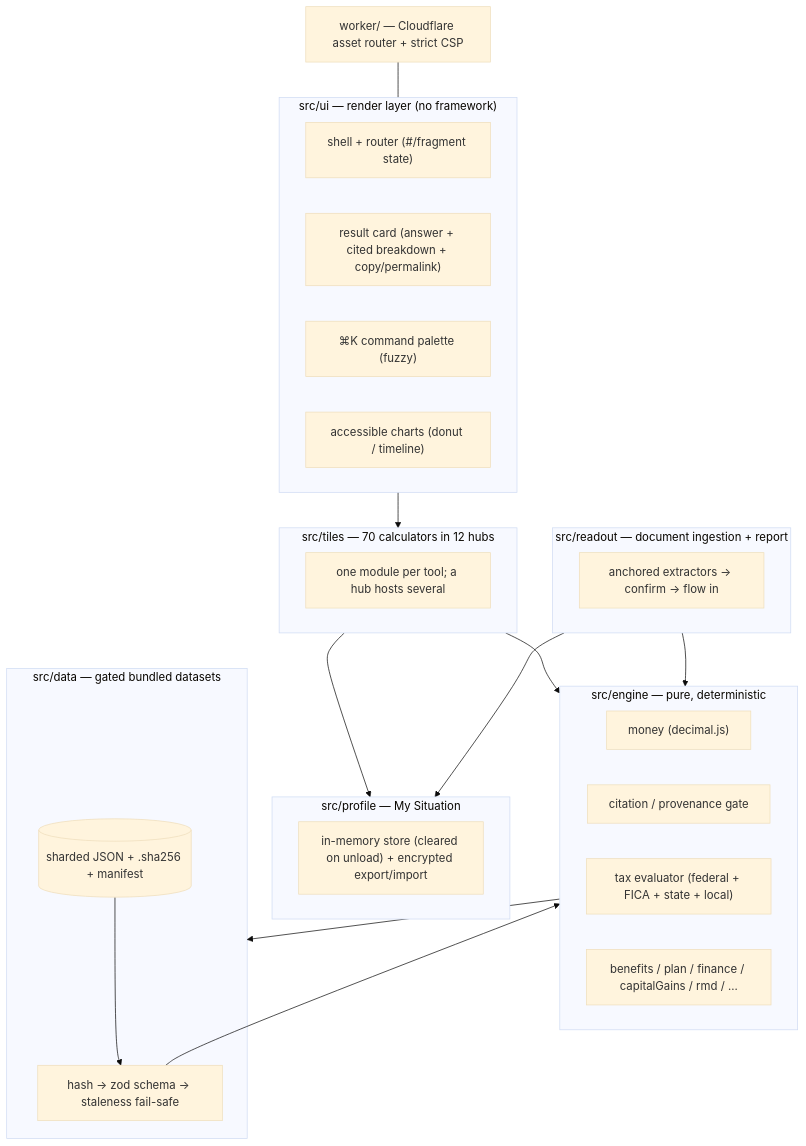
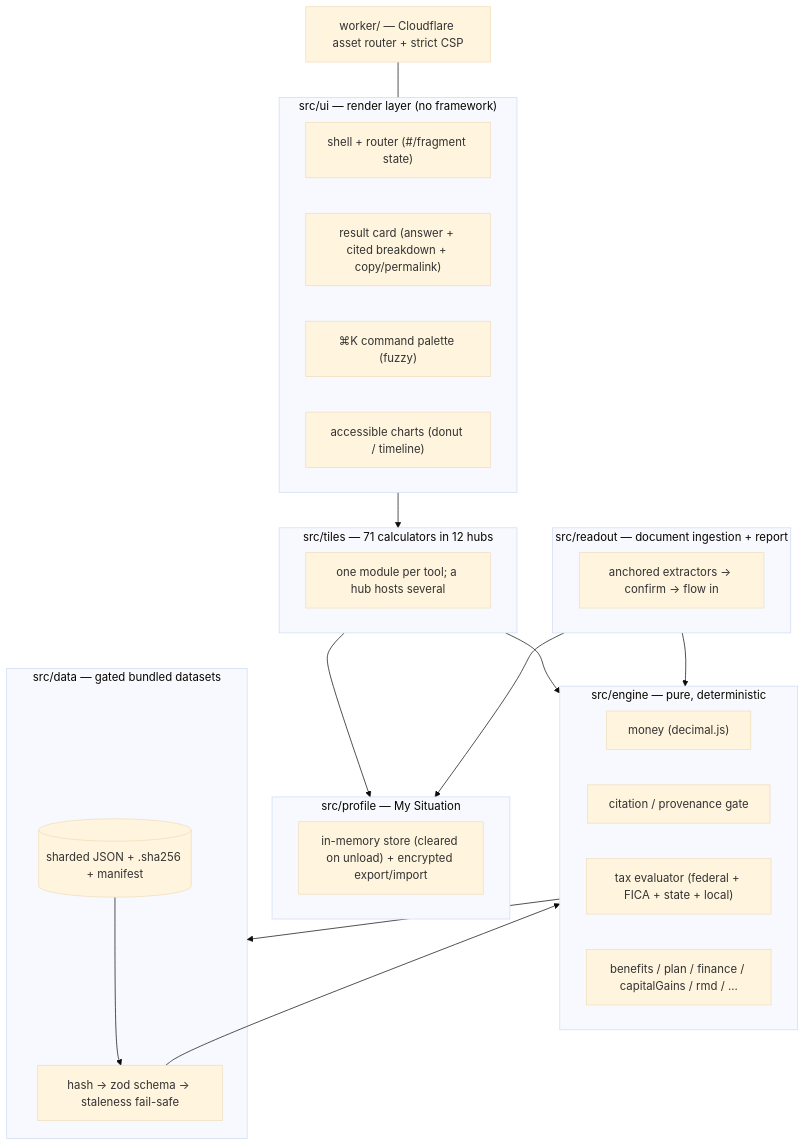
The second of 7 diagrams in docs/under-the-hood.md (clay-good/enklayve), drawn with Mermaid (base theme) before and after one commit. The commit also changed other lines of this file and 21 other files, not shown here.

````diff
--- a/docs/under-the-hood.md
+++ b/docs/under-the-hood.md
@@ -300,36 +300,36 @@
 ```mermaid
 flowchart TD
     subgraph UI["src/ui — render layer (no framework)"]
         SH["shell + router (#/fragment state)"]
         RC["result card (answer + cited breakdown + copy/permalink)"]
         CP["⌘K command palette (fuzzy)"]
         CH["accessible charts (donut / timeline)"]
     end
-    subgraph TILES["src/tiles — 70 calculators in 12 hubs"]
+    subgraph TILES["src/tiles — 71 calculators in 12 hubs"]
         T1["one module per tool; a hub hosts several"]
     end
     subgraph PROFILE["src/profile — My Situation"]
         PS["in-memory store (cleared on unload) + encrypted export/import"]
     end
     subgraph READOUT["src/readout — document ingestion + report"]
         RX["anchored extractors → confirm → flow in"]
     end
     subgraph ENGINE["src/engine — pure, deterministic"]
         MN["money (decimal.js)"]
         CI["citation / provenance gate"]
         TAX["tax evaluator (federal + FICA + state + local)"]
         BEN["benefits / plan / finance / capitalGains / rmd / ..."]
     end
     subgraph DATA["src/data — gated bundled datasets"]
         LO["hash → zod schema → staleness fail-safe"]
         DS[("sharded JSON + .sha256 + manifest")]
     end
     TILES --> ENGINE
     READOUT --> ENGINE
     TILES --> PROFILE
     READOUT --> PROFILE
     UI --> TILES
     ENGINE --> DATA
     DS --> LO --> ENGINE
     WORKER["worker/ — Cloudflare asset router + strict CSP"] --- UI
 ```
````
